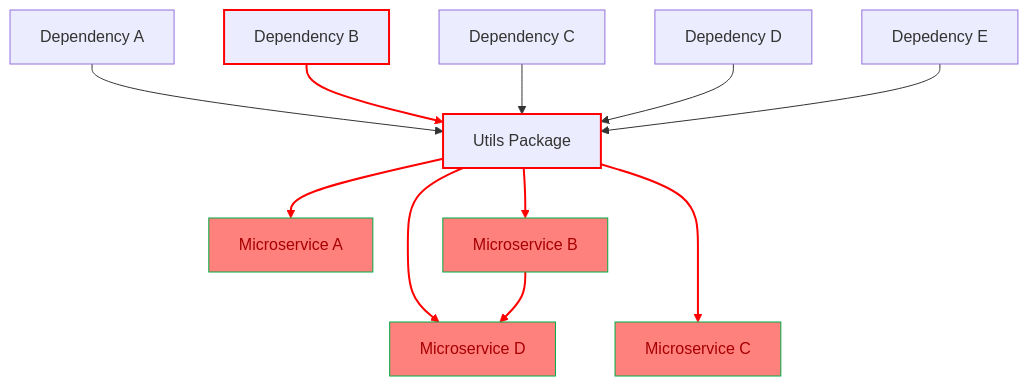
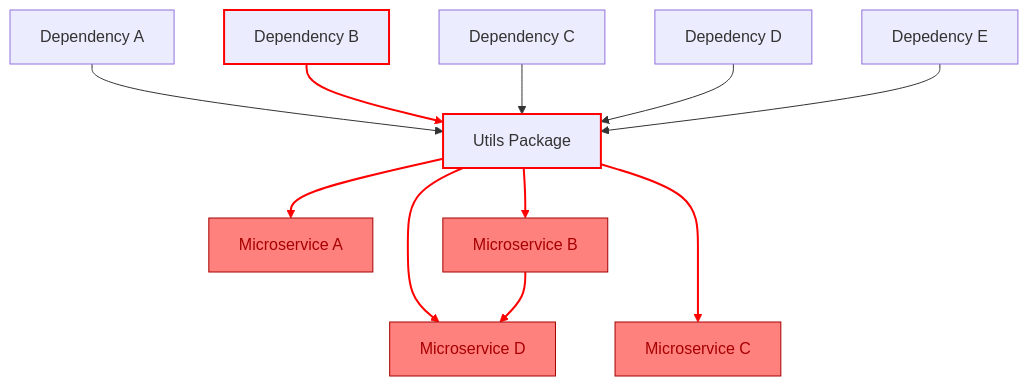
The fourth of 5 diagrams in articles/utils-common-pitfalls/README.md (dkraczkowski/dkraczkowski.github.io), drawn with Mermaid before and after one commit.

Commit message:
Fix stroke colors in diagrams

````diff
--- a/articles/utils-common-pitfalls/README.md
+++ b/articles/utils-common-pitfalls/README.md
@@ -73,21 +73,21 @@
 ```mermaid
 flowchart TD
-    style MA fill:#ff817e,stroke: #00ab41,color: #a60000;
-    style MB fill:#ff817e,stroke: #00ab41,color: #a60000;
-    style MC fill:#ff817e,stroke: #00ab41,color: #a60000;
-    style MD fill:#ff817e,stroke: #00ab41,color: #a60000;
+    style MA fill:#ff817e,stroke: #a60000,color: #a60000;
+    style MB fill:#ff817e,stroke: #a60000,color: #a60000;
+    style MC fill:#ff817e,stroke: #a60000,color: #a60000;
+    style MD fill:#ff817e,stroke: #a60000,color: #a60000;
     style DB stroke-width:2px,stroke:#ff0000;
     style Utils stroke-width:2px,stroke:#ff0000;
     
     DA[Dependency A] --> Utils[Utils Package]
     DB[Dependency B] --> Utils
     DC[Dependency C] --> Utils
     DD[Depedency D] --> Utils
     DE[Depedency E] --> Utils
     Utils --> MA[Microservice A]
     Utils --> MB[Microservice B]
     Utils ---> MC[Microservice C]
     Utils --> MD[Microservice D]
     MB --> MD
     linkStyle 1,5,7,8,9,6 stroke:#ff0000,stroke-width:2px;
 ```
````
